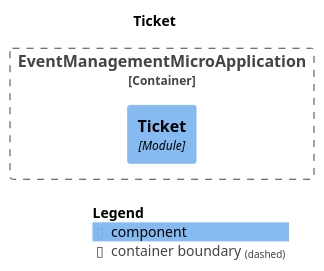
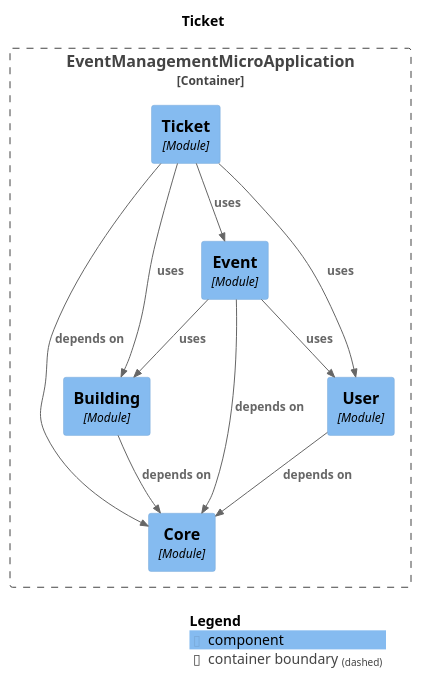
One commit to EvelinaPyechkurova/event-management-system changed the diagram in spring-modulith-docs/module-ticket.puml. Above: the diagram before and after it, drawn with PlantUML. The commit also changed 11 other files, not shown here.

```diff
--- a/spring-modulith-docs/module-ticket.puml
+++ b/spring-modulith-docs/module-ticket.puml
@@ -1,17 +1,30 @@
 @startuml
 set separator none
 title Ticket
 
 top to bottom direction
 
 !include <C4/C4>
 !include <C4/C4_Context>
 !include <C4/C4_Component>
 
 Container_Boundary("EventManagementMicroApplication.EventManagementMicroApplication_boundary", "EventManagementMicroApplication", $tags="") {
+  Component(EventManagementMicroApplication.EventManagementMicroApplication.Core, "Core", $techn="Module", $descr="", $tags="", $link="")
+  Component(EventManagementMicroApplication.EventManagementMicroApplication.Building, "Building", $techn="Module", $descr="", $tags="", $link="")
+  Component(EventManagementMicroApplication.EventManagementMicroApplication.User, "User", $techn="Module", $descr="", $tags="", $link="")
+  Component(EventManagementMicroApplication.EventManagementMicroApplication.Event, "Event", $techn="Module", $descr="", $tags="", $link="")
   Component(EventManagementMicroApplication.EventManagementMicroApplication.Ticket, "Ticket", $techn="Module", $descr="", $tags="", $link="")
 }
 
+Rel(EventManagementMicroApplication.EventManagementMicroApplication.Ticket, EventManagementMicroApplication.EventManagementMicroApplication.Core, "depends on", $techn="", $tags="", $link="")
+Rel(EventManagementMicroApplication.EventManagementMicroApplication.Ticket, EventManagementMicroApplication.EventManagementMicroApplication.User, "uses", $techn="", $tags="", $link="")
+Rel(EventManagementMicroApplication.EventManagementMicroApplication.Ticket, EventManagementMicroApplication.EventManagementMicroApplication.Event, "uses", $techn="", $tags="", $link="")
+Rel(EventManagementMicroApplication.EventManagementMicroApplication.Ticket, EventManagementMicroApplication.EventManagementMicroApplication.Building, "uses", $techn="", $tags="", $link="")
+Rel(EventManagementMicroApplication.EventManagementMicroApplication.Event, EventManagementMicroApplication.EventManagementMicroApplication.Core, "depends on", $techn="", $tags="", $link="")
+Rel(EventManagementMicroApplication.EventManagementMicroApplication.Event, EventManagementMicroApplication.EventManagementMicroApplication.Building, "uses", $techn="", $tags="", $link="")
+Rel(EventManagementMicroApplication.EventManagementMicroApplication.Event, EventManagementMicroApplication.EventManagementMicroApplication.User, "uses", $techn="", $tags="", $link="")
+Rel(EventManagementMicroApplication.EventManagementMicroApplication.User, EventManagementMicroApplication.EventManagementMicroApplication.Core, "depends on", $techn="", $tags="", $link="")
+Rel(EventManagementMicroApplication.EventManagementMicroApplication.Building, EventManagementMicroApplication.EventManagementMicroApplication.Core, "depends on", $techn="", $tags="", $link="")
 
 SHOW_LEGEND(true)
 @enduml
```
